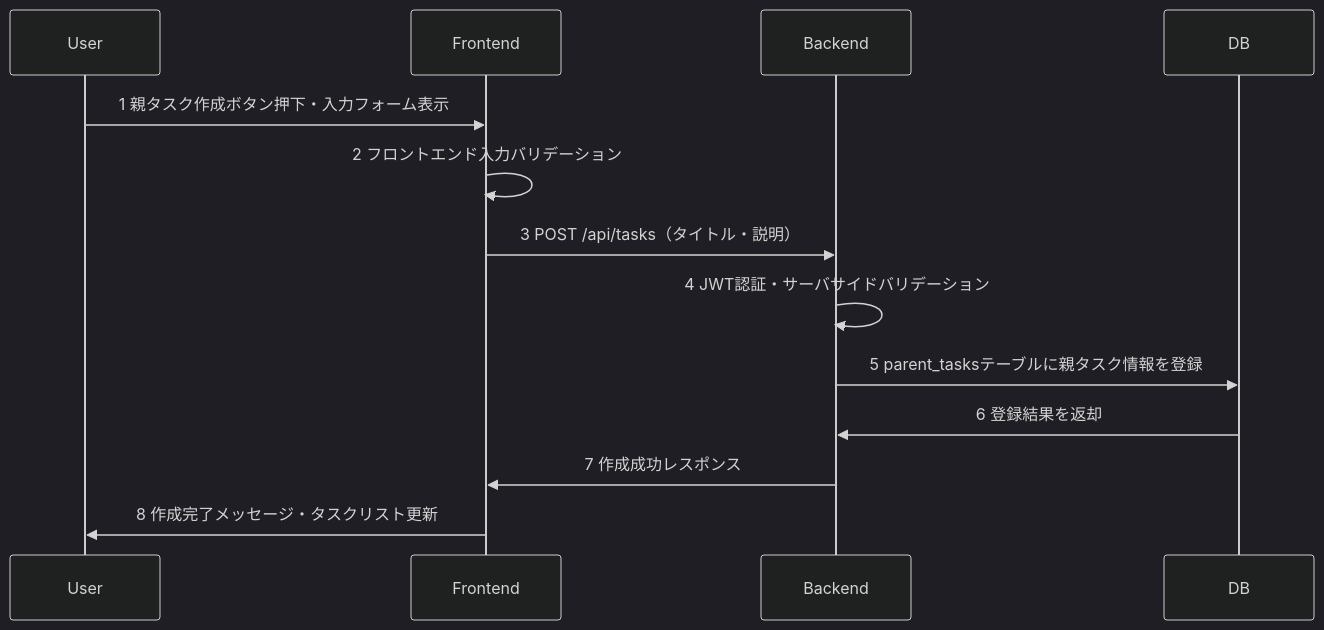
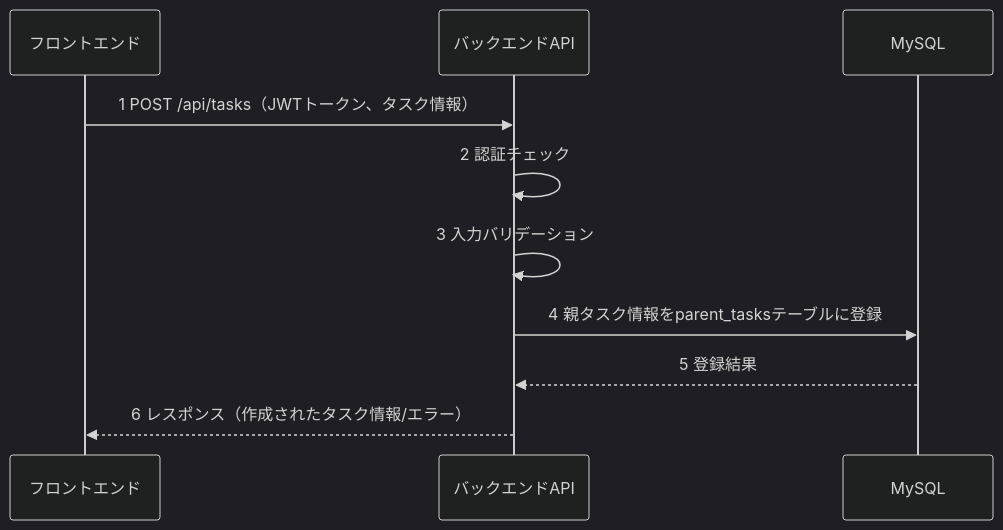
The first of 2 diagrams in sample/detail/func/親タスク作成.T01.md (HatoriIchigo/C3-cli-full), drawn with Mermaid (dark theme) before and after one commit. The commit also changed other lines of this file and 31 other files, not shown here.

````diff
--- a/sample/detail/func/親タスク作成.T01.md
+++ b/sample/detail/func/親タスク作成.T01.md
@@ -8,16 +8,13 @@
 ```mermaid
 sequenceDiagram
-    participant User
-    participant Frontend
-    participant Backend
-    participant DB
+    participant UI as フロントエンド
+    participant API as バックエンドAPI
+    participant DB as MySQL
 
-    User->>Frontend: 1 親タスク作成ボタン押下・入力フォーム表示
-    Frontend->>Frontend: 2 フロントエンド入力バリデーション
-    Frontend->>Backend: 3 POST /api/tasks（タイトル・説明）
-    Backend->>Backend: 4 JWT認証・サーバサイドバリデーション
-    Backend->>DB: 5 parent_tasksテーブルに親タスク情報を登録
-    DB->>Backend: 6 登録結果を返却
-    Backend->>Frontend: 7 作成成功レスポンス
-    Frontend->>User: 8 作成完了メッセージ・タスクリスト更新
+    UI->>API: 1 POST /api/tasks（JWTトークン、タスク情報）
+    API->>API: 2 認証チェック
+    API->>API: 3 入力バリデーション
+    API->>DB: 4 親タスク情報をparent_tasksテーブルに登録
+    DB-->>API: 5 登録結果
+    API-->>UI: 6 レスポンス（作成されたタスク情報/エラー）
 ```
````
